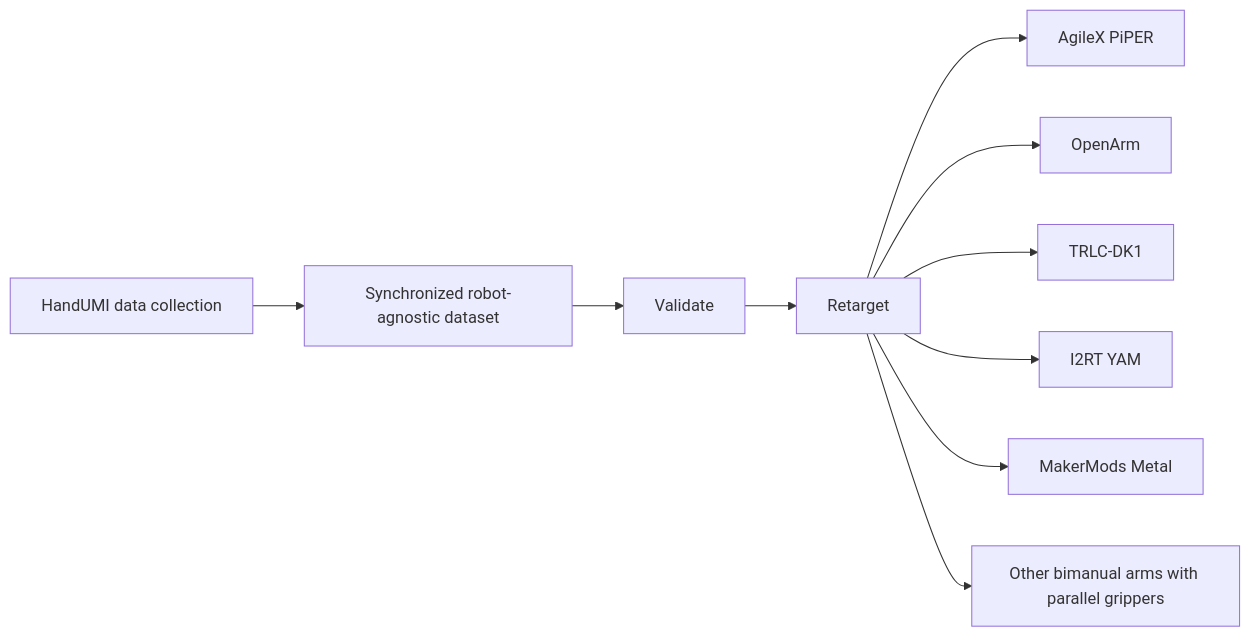
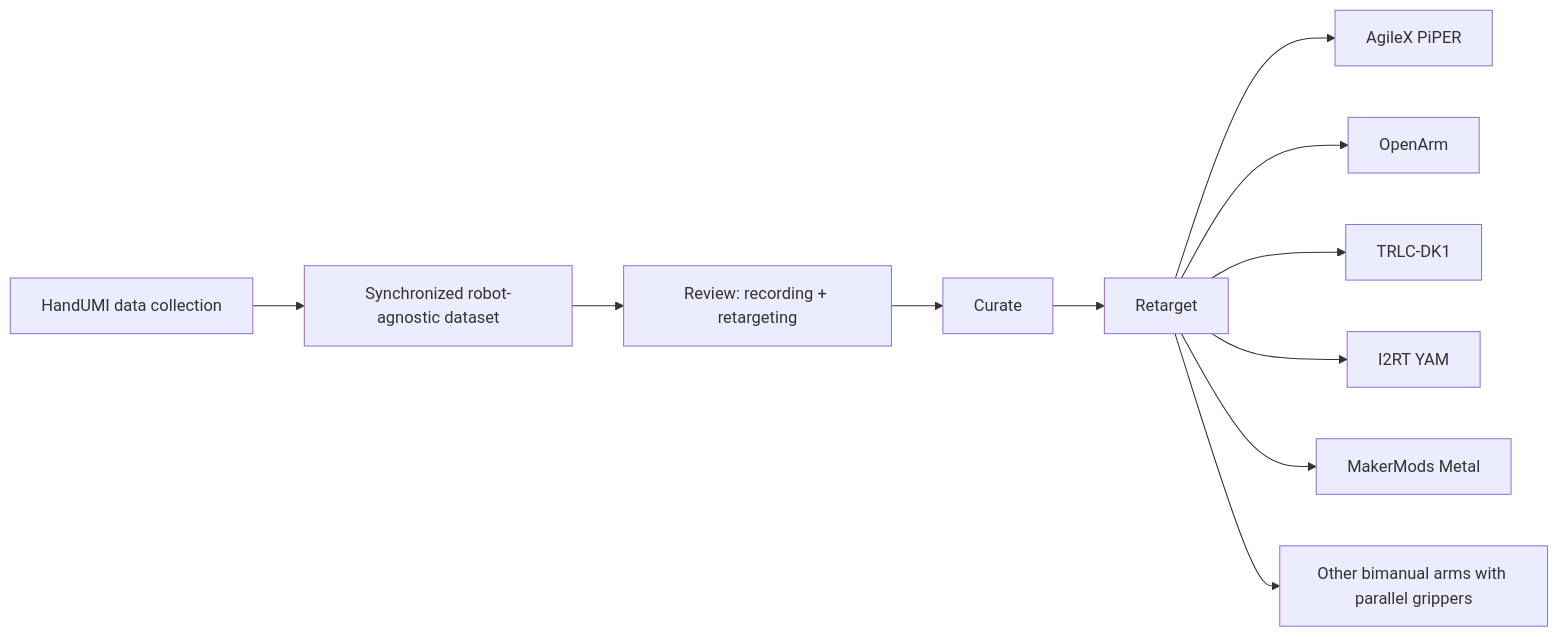
One commit to CloudEngineHub/handumi-sw changed the diagram in README.md. Above: the diagram before and after it, drawn with Mermaid. The commit also changed other lines of this file and 2 other files, not shown here.

First line of the commit message:
docs: describe the review-then-curate pipeline accurately

````diff
--- a/README.md
+++ b/README.md
@@ -89,12 +89,13 @@
 ```mermaid
 flowchart LR
     A[HandUMI data collection] --> B[Synchronized robot-agnostic dataset]
-    B --> C[Validate]
-    C --> D[Retarget]
+    B --> C[Review: recording + retargeting]
+    C --> K[Curate]
+    K --> D[Retarget]
     D --> E[AgileX PiPER]
     D --> F[OpenArm]
     D --> G[TRLC-DK1]
     D --> H[I2RT YAM]
     D --> J[MakerMods Metal]
     D --> I[Other bimanual arms with parallel grippers]
 ```
````
